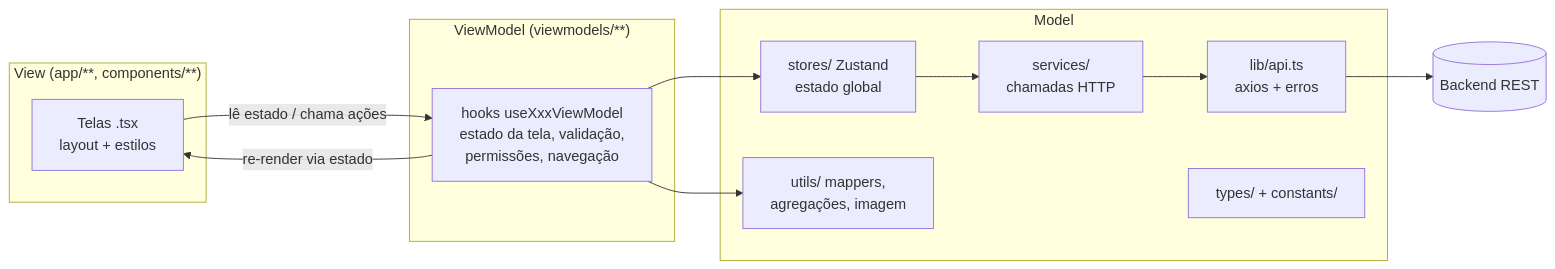
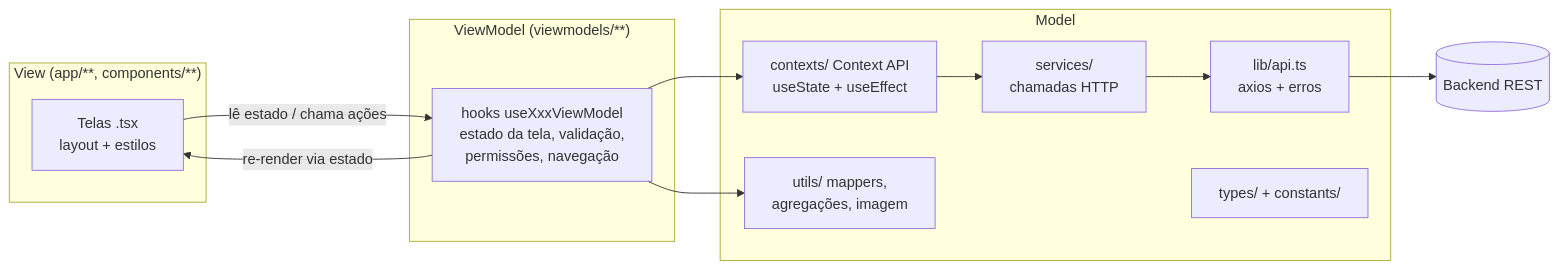
One commit to BatistaIsabella/RESOLVE-APP changed the diagram in frontend/mobile/ARQUITETURA.md. Above: the diagram before and after it, drawn with Mermaid. The commit also changed other lines of this file and 18 other files, not shown here.

Commit message:
Remove comentários e atualiza a documentação do mobile para Context API

````diff
--- a/frontend/mobile/ARQUITETURA.md
+++ b/frontend/mobile/ARQUITETURA.md
@@ -10,23 +10,23 @@
 ```mermaid
 flowchart LR
     subgraph View["View (app/**, components/**)"]
         T[Telas .tsx<br/>layout + estilos]
     end
     subgraph ViewModel["ViewModel (viewmodels/**)"]
         VM[hooks useXxxViewModel<br/>estado da tela, validação,<br/>permissões, navegação]
     end
     subgraph Model["Model"]
-        S[stores/ Zustand<br/>estado global]
+        S[contexts/ Context API<br/>useState + useEffect]
         SV[services/<br/>chamadas HTTP]
         API[lib/api.ts<br/>axios + erros]
         U[utils/ mappers,<br/>agregações, imagem]
         TY[types/ + constants/]
     end
     BE[(Backend REST)]
 
     T -- "lê estado / chama ações" --> VM
     VM -- "re-render via estado" --> T
     VM --> S
     VM --> U
     S --> SV --> API --> BE
 ```
````
